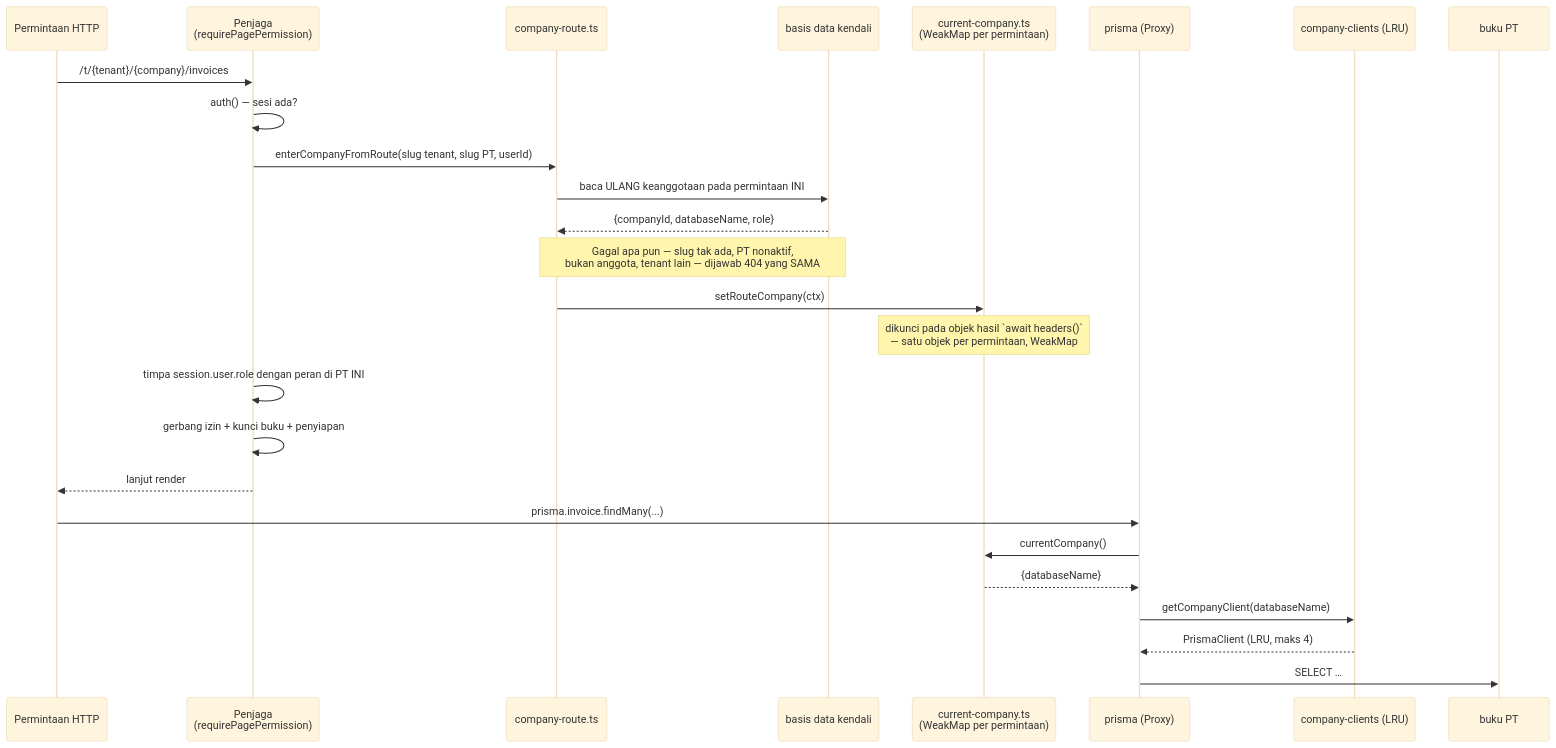
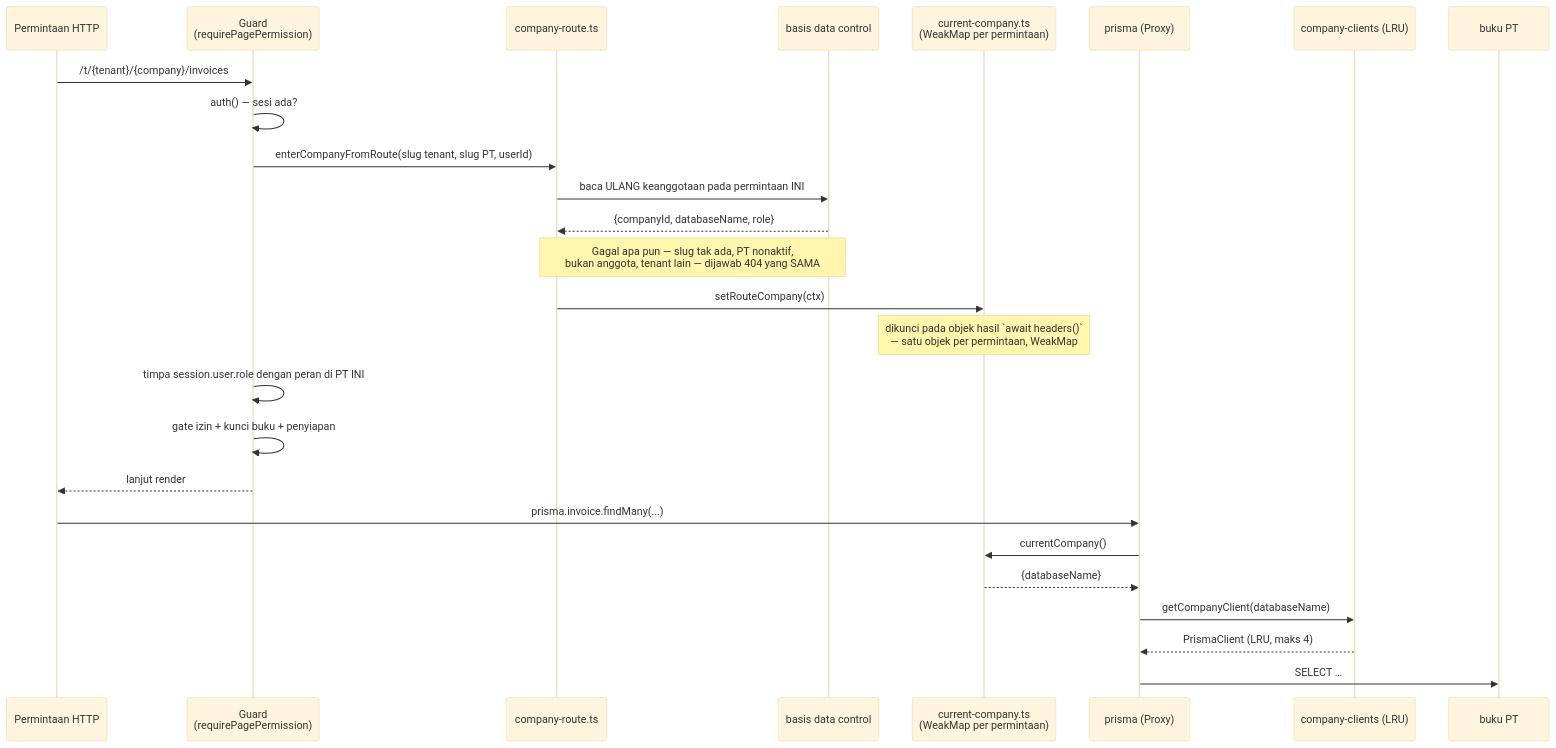
The third of 5 diagrams in docs/arsitektur/02-ARSITEKTUR.md (tri-evendi/sai-accounting), drawn with Mermaid (base theme) before and after one commit. The commit also changed other lines of this file and 31 other files, not shown here.

````diff
--- a/docs/arsitektur/02-ARSITEKTUR.md
+++ b/docs/arsitektur/02-ARSITEKTUR.md
@@ -175,30 +175,30 @@
 ```mermaid
 sequenceDiagram
     participant R as Permintaan HTTP
-    participant G as Penjaga<br/>(requirePagePermission)
+    participant G as Guard<br/>(requirePagePermission)
     participant CR as company-route.ts
-    participant CDB as basis data kendali
+    participant CDB as basis data control
     participant H as current-company.ts<br/>(WeakMap per permintaan)
     participant P as prisma (Proxy)
     participant POOL as company-clients (LRU)
     participant BDB as buku PT
 
     R->>G: /t/{tenant}/{company}/invoices
     G->>G: auth() — sesi ada?
     G->>CR: enterCompanyFromRoute(slug tenant, slug PT, userId)
     CR->>CDB: baca ULANG keanggotaan pada permintaan INI
     CDB-->>CR: {companyId, databaseName, role}
     Note over CR,CDB: Gagal apa pun — slug tak ada, PT nonaktif,<br/>bukan anggota, tenant lain — dijawab 404 yang SAMA
     CR->>H: setRouteCompany(ctx)
     Note over H: dikunci pada objek hasil `await headers()`<br/>— satu objek per permintaan, WeakMap
     G->>G: timpa session.user.role dengan peran di PT INI
-    G->>G: gerbang izin + kunci buku + penyiapan
+    G->>G: gate izin + kunci buku + penyiapan
     G-->>R: lanjut render
 
     R->>P: prisma.invoice.findMany(...)
     P->>H: currentCompany()
     H-->>P: {databaseName}
     P->>POOL: getCompanyClient(databaseName)
     POOL-->>P: PrismaClient (LRU, maks 4)
     P->>BDB: SELECT …
 ```
````
